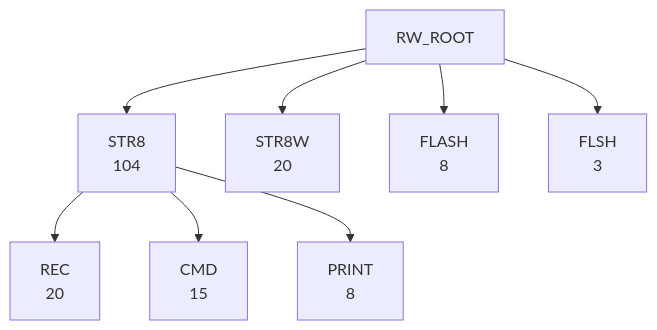
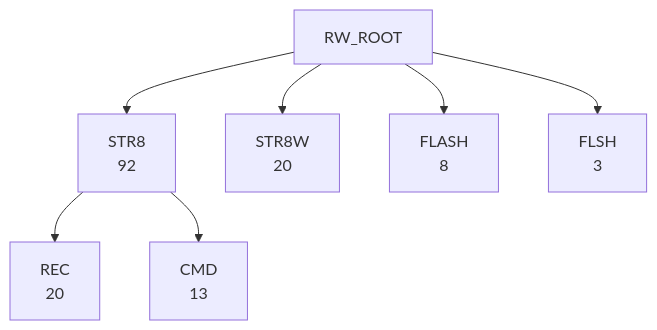
Before and after one commit to 95westus/R-YORS: the fifth of 7 diagrams in DOC/GENERATED/ROUTINE_WORD_TREE.md, drawn with Mermaid. The commit also changed other lines of this file and 25 other files, not shown here.

````diff
--- a/DOC/GENERATED/ROUTINE_WORD_TREE.md
+++ b/DOC/GENERATED/ROUTINE_WORD_TREE.md
@@ -77,10 +78,9 @@
 ```mermaid
 flowchart TD
-    RW_ROOT --> RW_STR8["STR8<br/>104"]
+    RW_ROOT --> RW_STR8["STR8<br/>92"]
     RW_ROOT --> RW_STR8W["STR8W<br/>20"]
     RW_ROOT --> RW_FLASH["FLASH<br/>8"]
     RW_ROOT --> RW_FLSH["FLSH<br/>3"]
     RW_STR8 --> RW_STR8_REC["REC<br/>20"]
-    RW_STR8 --> RW_STR8_CMD["CMD<br/>15"]
-    RW_STR8 --> RW_STR8_PRINT["PRINT<br/>8"]
+    RW_STR8 --> RW_STR8_CMD["CMD<br/>13"]
 ```
````
